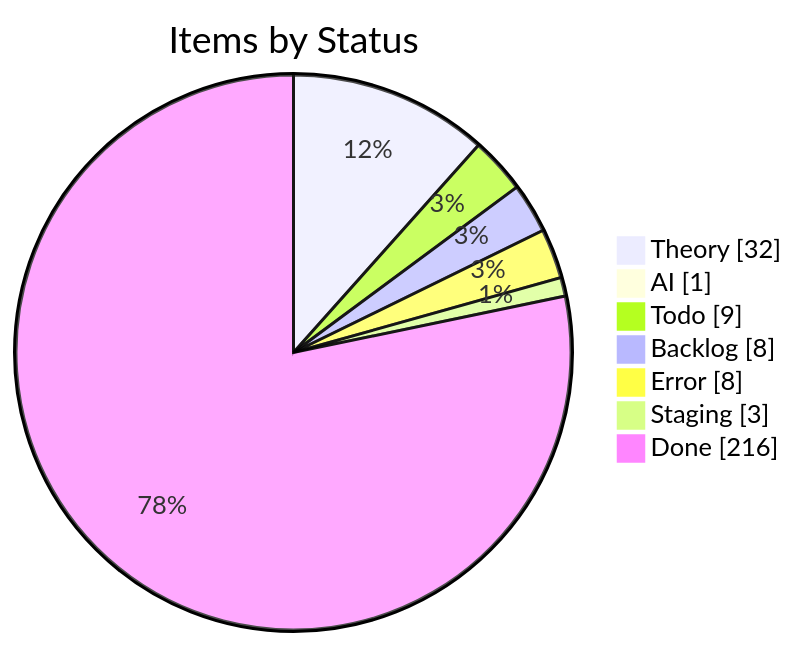
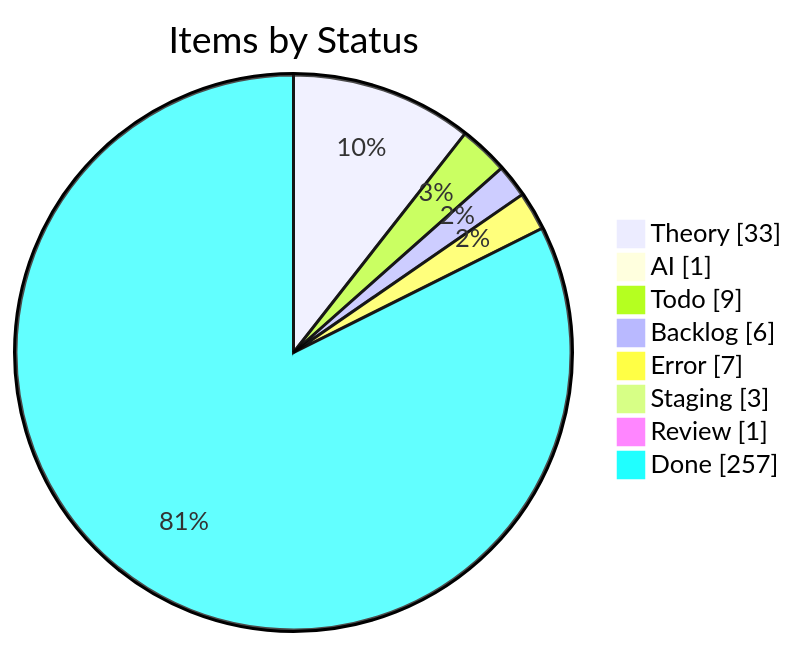
One commit to KBVE/kbve changed the first of 4 diagrams in apps/kbve/astro-kbve/src/content/docs/dashboard/kanban-data.mdx. Above: the diagram before and after it, drawn with Mermaid. The commit also changed other lines of this file and 8 other files, not shown here.

````diff
--- a/apps/kbve/astro-kbve/src/content/docs/dashboard/kanban-data.mdx
+++ b/apps/kbve/astro-kbve/src/content/docs/dashboard/kanban-data.mdx
@@ -55,11 +55,12 @@
 ```mermaid
 pie showData
     title Items by Status
-    "Theory" : 32
+    "Theory" : 33
     "AI" : 1
     "Todo" : 9
-    "Backlog" : 8
-    "Error" : 8
+    "Backlog" : 6
+    "Error" : 7
     "Staging" : 3
-    "Done" : 216
+    "Review" : 1
+    "Done" : 257
 ```
````
